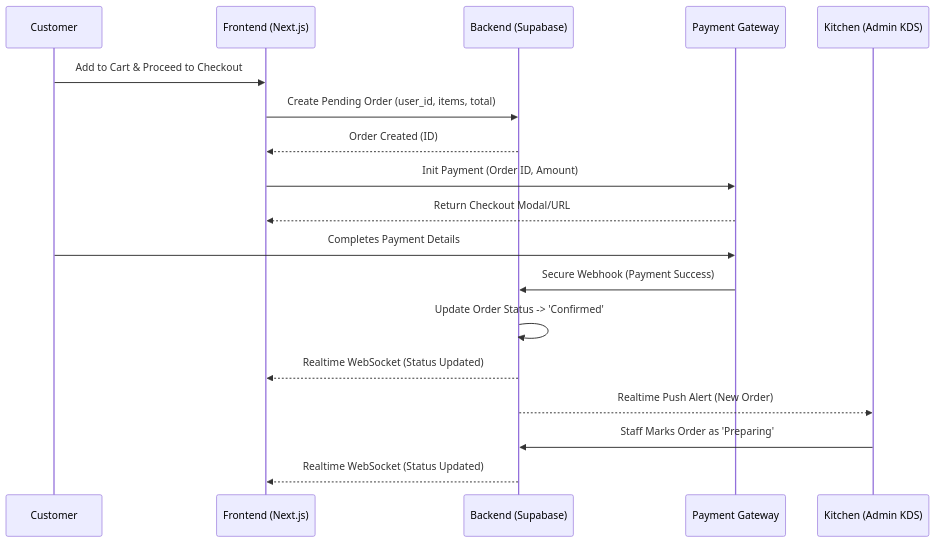
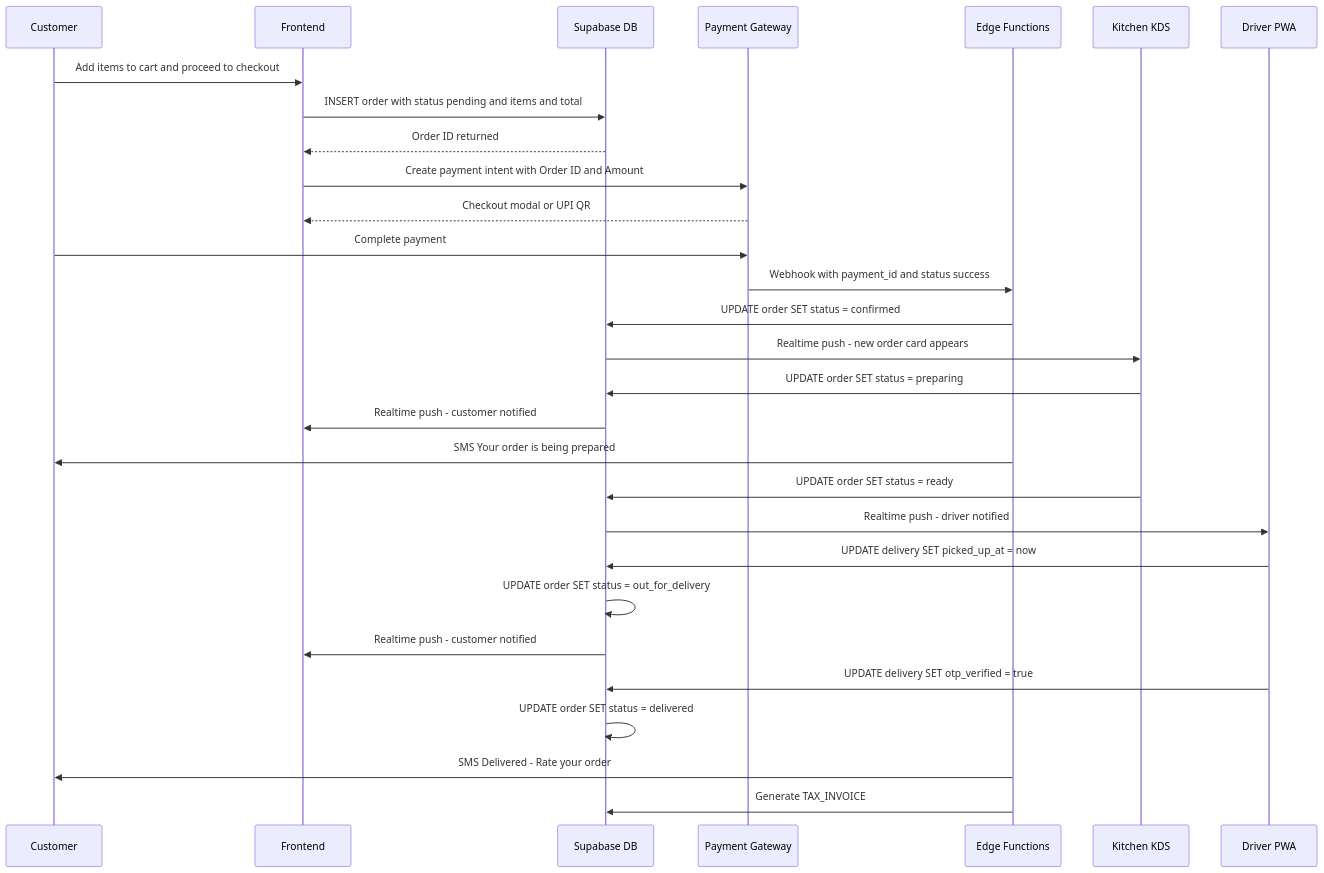
Before and after one commit to Pratyush-Malviya/pizza-expert-prayagraj: diagram 12 of 16 in pizza_expert_prd.md, drawn with Mermaid. The commit also changed other lines of this file and 18 other files, not shown here.

Commit message:
feat: implement complete User Management Module (Milestones A-F)

````diff
--- a/pizza_expert_prd.md
+++ b/pizza_expert_prd.md
@@ -240,21 +758,32 @@
 ```mermaid
 sequenceDiagram
     participant C as Customer
-    participant F as Frontend (Next.js)
-    participant B as Backend (Supabase)
+    participant FE as Frontend
+    participant DB as Supabase DB
     participant PG as Payment Gateway
-    participant K as Kitchen (Admin KDS)
-    
-    C->>F: Add to Cart & Proceed to Checkout
-    F->>B: Create Pending Order (user_id, items, total)
-    B-->>F: Order Created (ID)
-    F->>PG: Init Payment (Order ID, Amount)
-    PG-->>F: Return Checkout Modal/URL
-    C->>PG: Completes Payment Details
-    PG->>B: Secure Webhook (Payment Success)
-    B->>B: Update Order Status -> 'Confirmed'
-    B-->>F: Realtime WebSocket (Status Updated)
-    B-->>K: Realtime Push Alert (New Order)
-    K->>B: Staff Marks Order as 'Preparing'
-    B-->>F: Realtime WebSocket (Status Updated)
+    participant EF as Edge Functions
+    participant K as Kitchen KDS
+    participant D as Driver PWA
+
+    C->>FE: Add items to cart and proceed to checkout
+    FE->>DB: INSERT order with status pending and items and total
+    DB-->>FE: Order ID returned
+    FE->>PG: Create payment intent with Order ID and Amount
+    PG-->>FE: Checkout modal or UPI QR
+    C->>PG: Complete payment
+    PG->>EF: Webhook with payment_id and status success
+    EF->>DB: UPDATE order SET status = confirmed
+    DB->>K: Realtime push - new order card appears
+    K->>DB: UPDATE order SET status = preparing
+    DB->>FE: Realtime push - customer notified
+    EF->>C: SMS Your order is being prepared
+    K->>DB: UPDATE order SET status = ready
+    DB->>D: Realtime push - driver notified
+    D->>DB: UPDATE delivery SET picked_up_at = now
+    DB->>DB: UPDATE order SET status = out_for_delivery
+    DB->>FE: Realtime push - customer notified
+    D->>DB: UPDATE delivery SET otp_verified = true
+    DB->>DB: UPDATE order SET status = delivered
+    EF->>C: SMS Delivered - Rate your order
+    EF->>DB: Generate TAX_INVOICE
 ```
````
